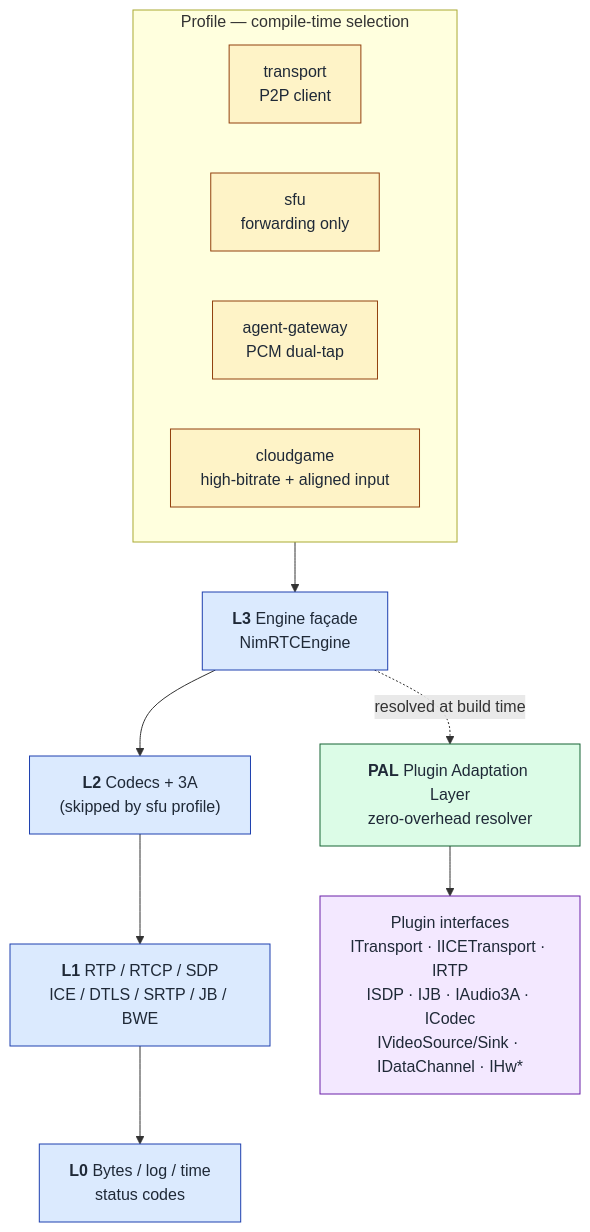
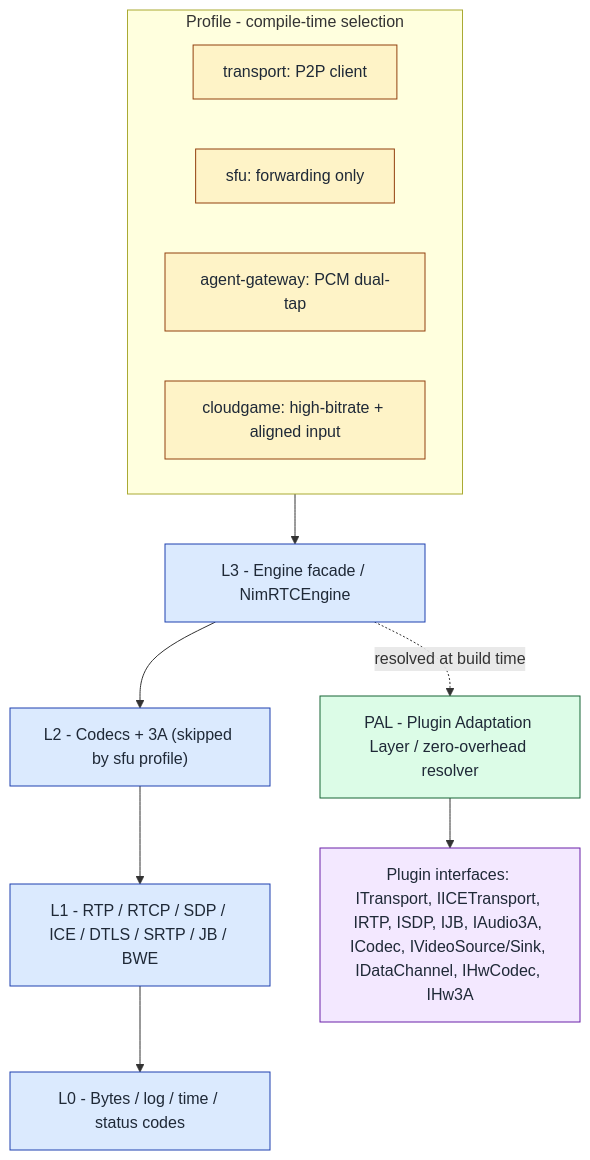
One commit to NimRTC/nimrtc changed the diagram in README.md. Above: the diagram before and after it, drawn with Mermaid. The commit also changed other lines of this file and 2 other files, not shown here.

````diff
--- a/README.md
+++ b/README.md
@@ -134,26 +278,26 @@
 ```mermaid
 flowchart TB
-    subgraph PROF["Profile — compile-time selection"]
-        P1["transport<br/>P2P client"]
-        P2["sfu<br/>forwarding only"]
-        P3["agent-gateway<br/>PCM dual-tap"]
-        P4["cloudgame<br/>high-bitrate + aligned input"]
+    subgraph PROF["Profile - compile-time selection"]
+        P1["transport: P2P client"]
+        P2["sfu: forwarding only"]
+        P3["agent-gateway: PCM dual-tap"]
+        P4["cloudgame: high-bitrate + aligned input"]
     end
 
     PROF --> L3
-    L3["<b>L3</b> Engine façade<br/>NimRTCEngine"] --> L2["<b>L2</b> Codecs + 3A<br/>(skipped by sfu profile)"]
-    L2 --> L1["<b>L1</b> RTP / RTCP / SDP<br/>ICE / DTLS / SRTP / JB / BWE"]
-    L1 --> L0["<b>L0</b> Bytes / log / time<br/>status codes"]
+    L3["L3 - Engine facade / NimRTCEngine"] --> L2["L2 - Codecs + 3A (skipped by sfu profile)"]
+    L2 --> L1["L1 - RTP / RTCP / SDP / ICE / DTLS / SRTP / JB / BWE"]
+    L1 --> L0["L0 - Bytes / log / time / status codes"]
 
-    L3 -. resolved at build time .-> PAL["<b>PAL</b> Plugin Adaptation Layer<br/>zero-overhead resolver"]
-    PAL --> PLG["Plugin interfaces<br/>ITransport · IICETransport · IRTP<br/>ISDP · IJB · IAudio3A · ICodec<br/>IVideoSource/Sink · IDataChannel · IHw*"]
+    L3 -. resolved at build time .-> PAL["PAL - Plugin Adaptation Layer / zero-overhead resolver"]
+    PAL --> PLG["Plugin interfaces: ITransport, IICETransport, IRTP, ISDP, IJB, IAudio3A, ICodec, IVideoSource/Sink, IDataChannel, IHwCodec, IHw3A"]
 
     classDef profile fill:#fef3c7,stroke:#92400e,color:#1f2937
-    classDef layer fill:#dbeafe,stroke:#1e40af,color:#1f2937
-    classDef pal fill:#dcfce7,stroke:#166534,color:#1f2937
-    classDef plugin fill:#f3e8ff,stroke:#6b21a8,color:#1f2937
+    classDef layer   fill:#dbeafe,stroke:#1e40af,color:#1f2937
+    classDef pal     fill:#dcfce7,stroke:#166534,color:#1f2937
+    classDef plugin  fill:#f3e8ff,stroke:#6b21a8,color:#1f2937
     class P1,P2,P3,P4 profile
     class L0,L1,L2,L3 layer
     class PAL pal
     class PLG plugin
 ```
````
